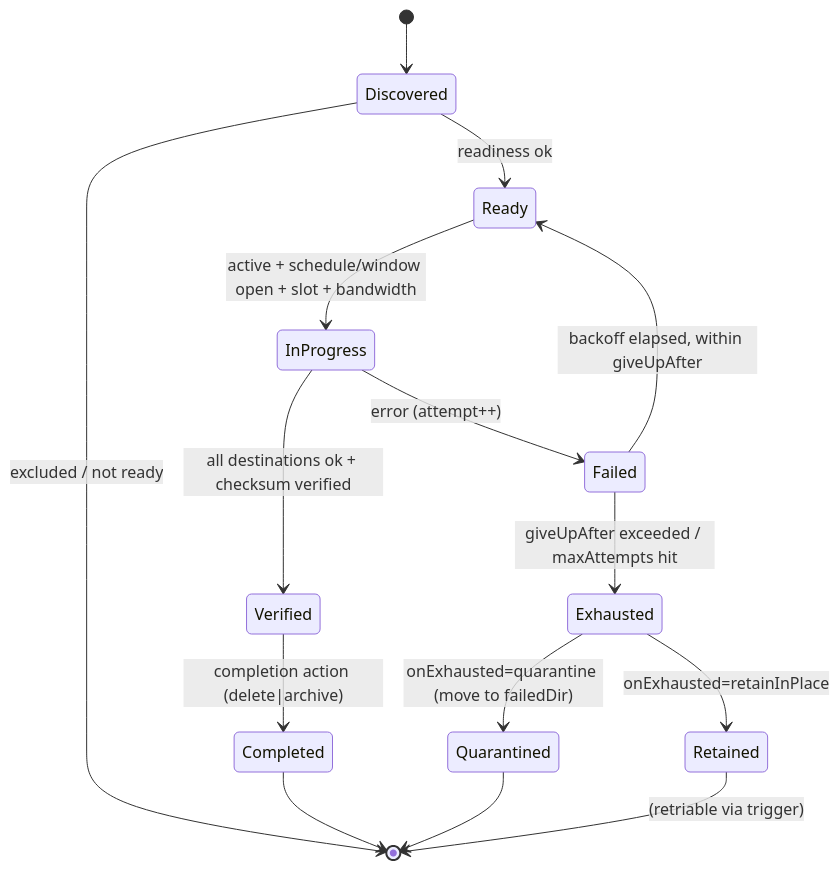
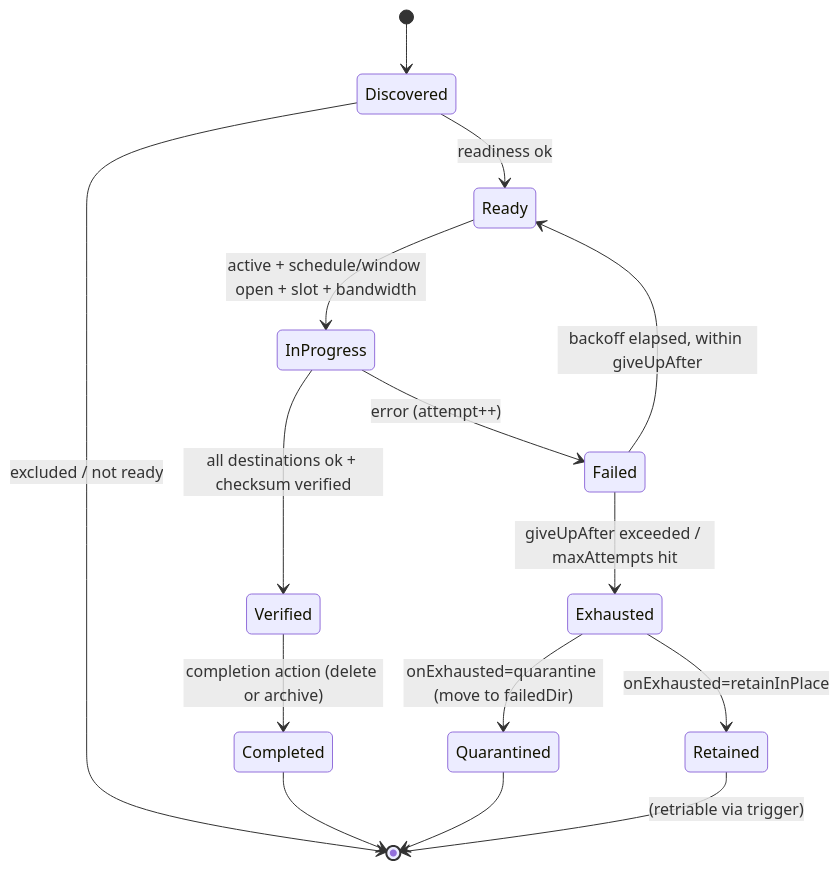
The third of 7 diagrams in DESIGN.md (edgecommons/file-replicator), drawn with Mermaid before and after one commit. The commit also changed other lines of this file, not shown here.

First line of the commit message:
Fix §13.2 sequence-note render error (+ audit all mermaid)

````diff
--- a/DESIGN.md
+++ b/DESIGN.md
@@ -456,17 +456,17 @@
 ```mermaid
 stateDiagram-v2
   [*] --> Discovered
   Discovered --> Ready: readiness ok
   Discovered --> [*]: excluded / not ready
   Ready --> InProgress: active + schedule/window open + slot + bandwidth
   InProgress --> Verified: all destinations ok + checksum verified
   InProgress --> Failed: error (attempt++)
   Failed --> Ready: backoff elapsed, within giveUpAfter
   Failed --> Exhausted: giveUpAfter exceeded / maxAttempts hit
-  Verified --> Completed: completion action (delete|archive)
+  Verified --> Completed: completion action (delete or archive)
   Exhausted --> Quarantined: onExhausted=quarantine (move to failedDir)
   Exhausted --> Retained: onExhausted=retainInPlace
   Completed --> [*]
   Quarantined --> [*]
   Retained --> [*]: (retriable via trigger)
 ```
````
